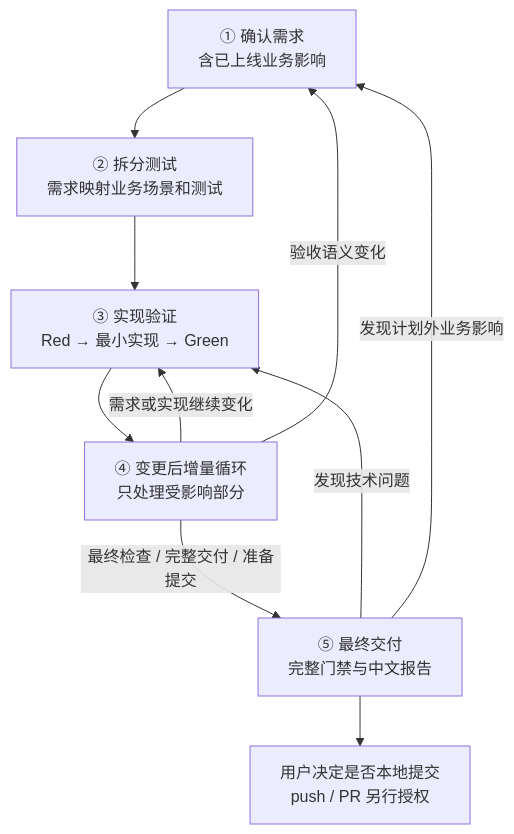
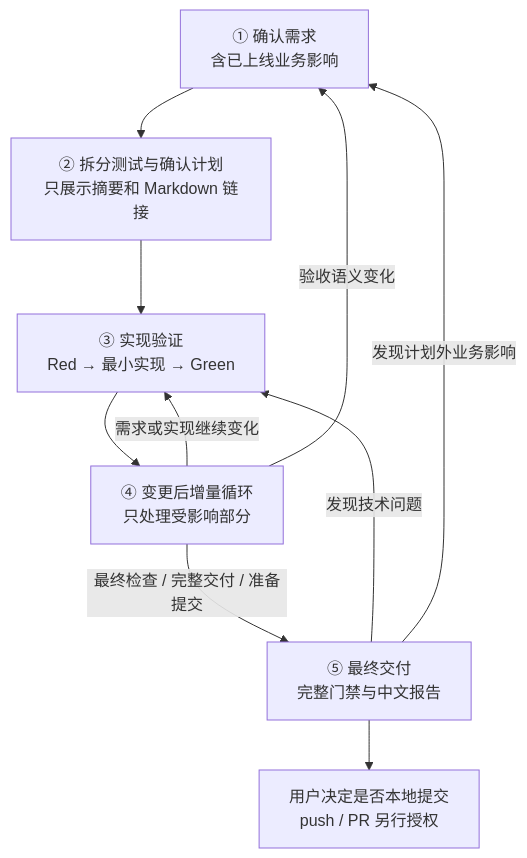
Before and after one commit to yejuntian/android-delivery-skills: the first of 4 diagrams in AI_DELIVERY_WORKFLOW_GUIDELINES.md, drawn with Mermaid. The commit also changed other lines of this file and 20 other files, not shown here.

````diff
--- a/AI_DELIVERY_WORKFLOW_GUIDELINES.md
+++ b/AI_DELIVERY_WORKFLOW_GUIDELINES.md
@@ -161,12 +162,12 @@
 ```mermaid
 flowchart TD
-    OV1["① 确认需求<br/>含已上线业务影响"] --> OV2["② 拆分测试<br/>需求映射业务场景和测试"]
+    OV1["① 确认需求<br/>含已上线业务影响"] --> OV2["② 拆分测试与确认计划<br/>只展示摘要和 Markdown 链接"]
     OV2 --> OV3["③ 实现验证<br/>Red → 最小实现 → Green"]
     OV3 --> OV4["④ 变更后增量循环<br/>只处理受影响部分"]
     OV4 -- "需求或实现继续变化" --> OV3
     OV4 -- "验收语义变化" --> OV1
     OV4 -- "最终检查 / 完整交付 / 准备提交" --> OV5["⑤ 最终交付<br/>完整门禁与中文报告"]
     OV5 -- "发现技术问题" --> OV3
     OV5 -- "发现计划外业务影响" --> OV1
     OV5 --> OV6["用户决定是否本地提交<br/>push / PR 另行授权"]
 ```
````
